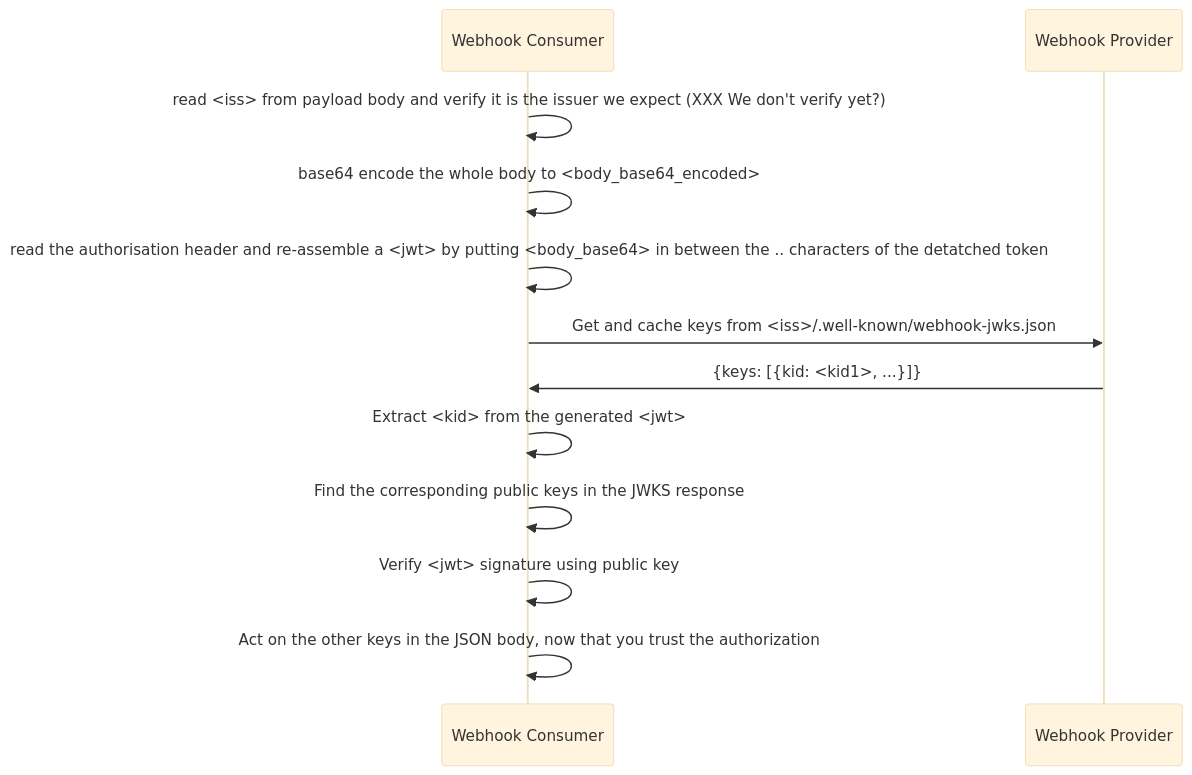
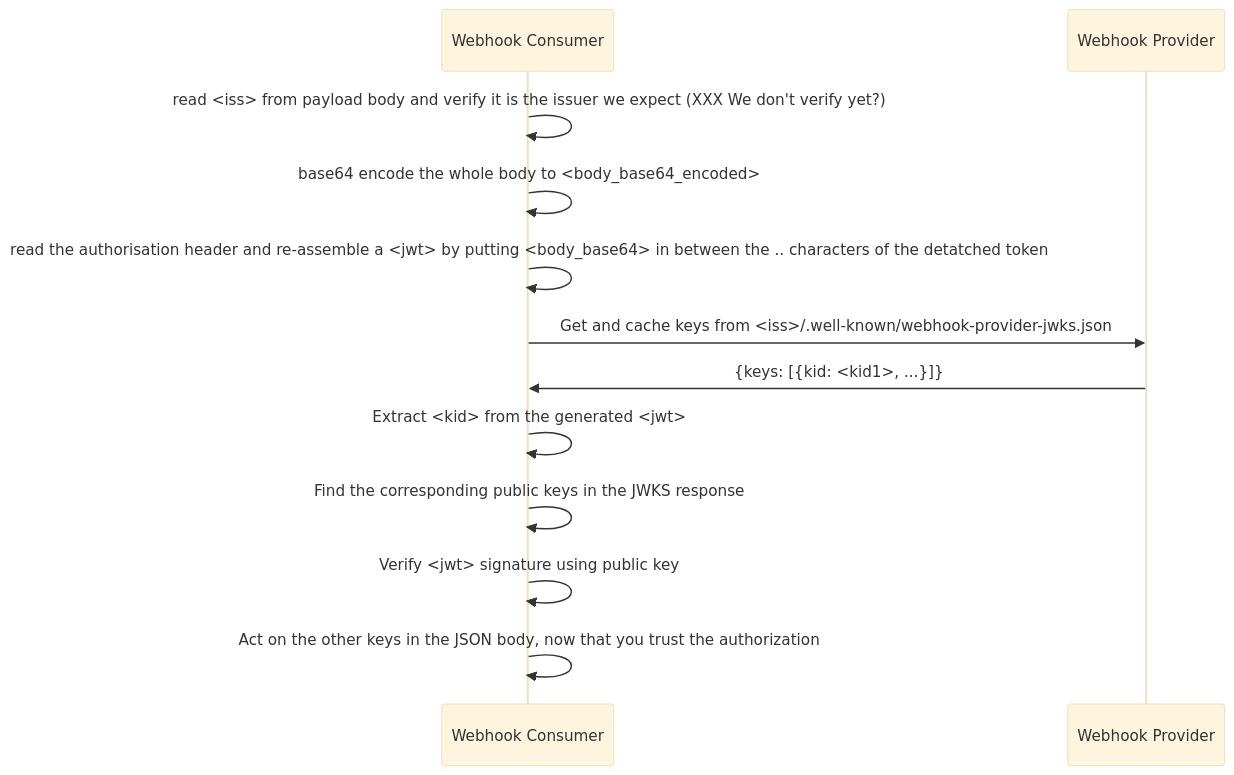
Before and after one commit to thejimmyg/python-auth-tools: the tenth of 11 diagrams in README.md, drawn with Mermaid (base theme). The commit also changed other lines of this file and 71 other files, not shown here.

````diff
--- a/README.md
+++ b/README.md
@@ -388,12 +387,12 @@
 ```mermaid
 sequenceDiagram
     Webhook Consumer->>Webhook Consumer: read <iss> from payload body and verify it is the issuer we expect (XXX We don't verify yet?)
     Webhook Consumer->>Webhook Consumer: base64 encode the whole body to <body_base64_encoded>
     Webhook Consumer->>Webhook Consumer: read the authorisation header and re-assemble a <jwt> by putting <body_base64> in between the .. characters of the detatched token
-    Webhook Consumer->>Webhook Provider: Get and cache keys from <iss>/.well-known/webhook-jwks.json # XXX This URL is non-standard, but I think it is a sensible location
+    Webhook Consumer->>Webhook Provider: Get and cache keys from <iss>/.well-known/webhook-provider-jwks.json # XXX This URL is non-standard, but I think it is a sensible location
     Webhook Provider->>Webhook Consumer: {keys: [{kid: <kid1>, ...}]}
     Webhook Consumer->>Webhook Consumer: Extract <kid> from the generated <jwt>
     Webhook Consumer->>Webhook Consumer: Find the corresponding public keys in the JWKS response
     Webhook Consumer->>Webhook Consumer: Verify <jwt> signature using public key
     Webhook Consumer->>Webhook Consumer: Act on the other keys in the JSON body, now that you trust the authorization
 ```
````
